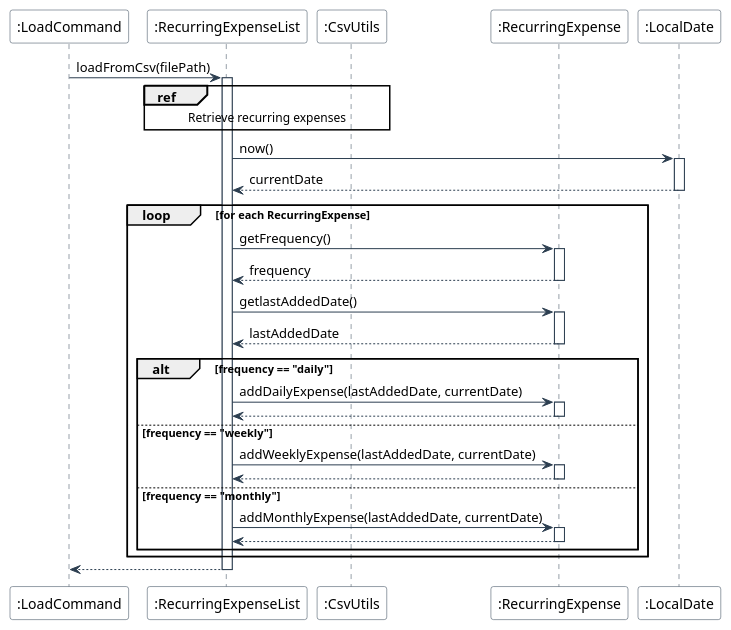
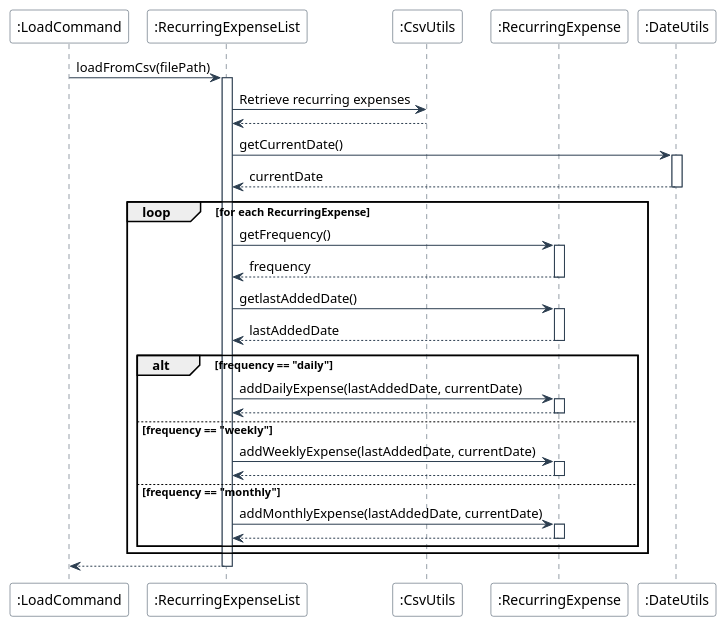
One commit to nus-cs2113-AY2425S1/tp changed the diagram in docs/diagrams/plantuml/RecurringExpenseLoadFromCsvSequence.puml. Above: the diagram before and after it, drawn with PlantUML. The commit also changed 1 other file, not shown here.

Commit message:
Update RecurringExpense sequence diagram

```diff
--- a/docs/diagrams/plantuml/RecurringExpenseLoadFromCsvSequence.puml
+++ b/docs/diagrams/plantuml/RecurringExpenseLoadFromCsvSequence.puml
@@ -1,57 +1,58 @@
 @startuml
 skinparam backgroundColor #FFFFFF
 skinparam sequence {
     ArrowColor #2C3E50
     LifeLineBorderColor #2C3E50
     ParticipantBorderColor #2C3E50
     ParticipantBackgroundColor #FFFFFF
 }
 
 participant ":LoadCommand" as LC
 participant ":RecurringExpenseList" as REL
 participant ":CsvUtils" as CSV
 participant ":RecurringExpense" as RE
-participant ":LocalDate" as LD
+participant ":DateUtils" as DU
 
 LC -> REL: loadFromCsv(filePath)
 activate REL
 
-ref over REL, CSV : Retrieve recurring expenses
+REL -> CSV: Retrieve recurring expenses
+CSV --> REL
 
-REL -> LD: now()
-activate LD
-LD --> REL: currentDate
-deactivate LD
+REL -> DU: getCurrentDate()
+activate DU
+DU --> REL: currentDate
+deactivate DU
 
 loop for each RecurringExpense
     REL -> RE: getFrequency()
     activate RE
     RE --> REL: frequency
     deactivate RE
     
     REL -> RE: getlastAddedDate()
     activate RE
     RE --> REL: lastAddedDate
     deactivate RE
     
     alt frequency == "daily"
         REL -> RE: addDailyExpense(lastAddedDate, currentDate)
         activate RE
         RE --> REL
         deactivate RE
     else frequency == "weekly"
         REL -> RE: addWeeklyExpense(lastAddedDate, currentDate)
         activate RE
         RE --> REL
         deactivate RE
     else frequency == "monthly"
         REL -> RE: addMonthlyExpense(lastAddedDate, currentDate)
         activate RE
         RE --> REL
         deactivate RE
     end
 end
 
 REL --> LC
 deactivate REL
 @enduml
```
